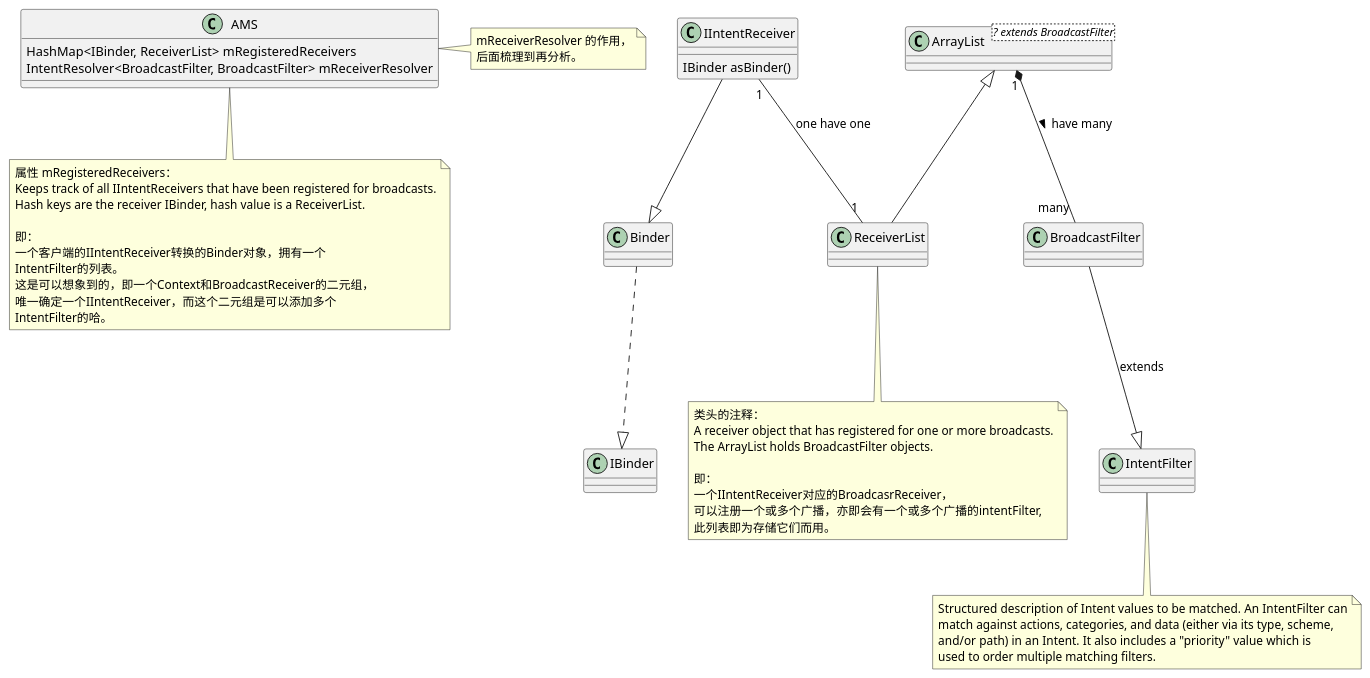
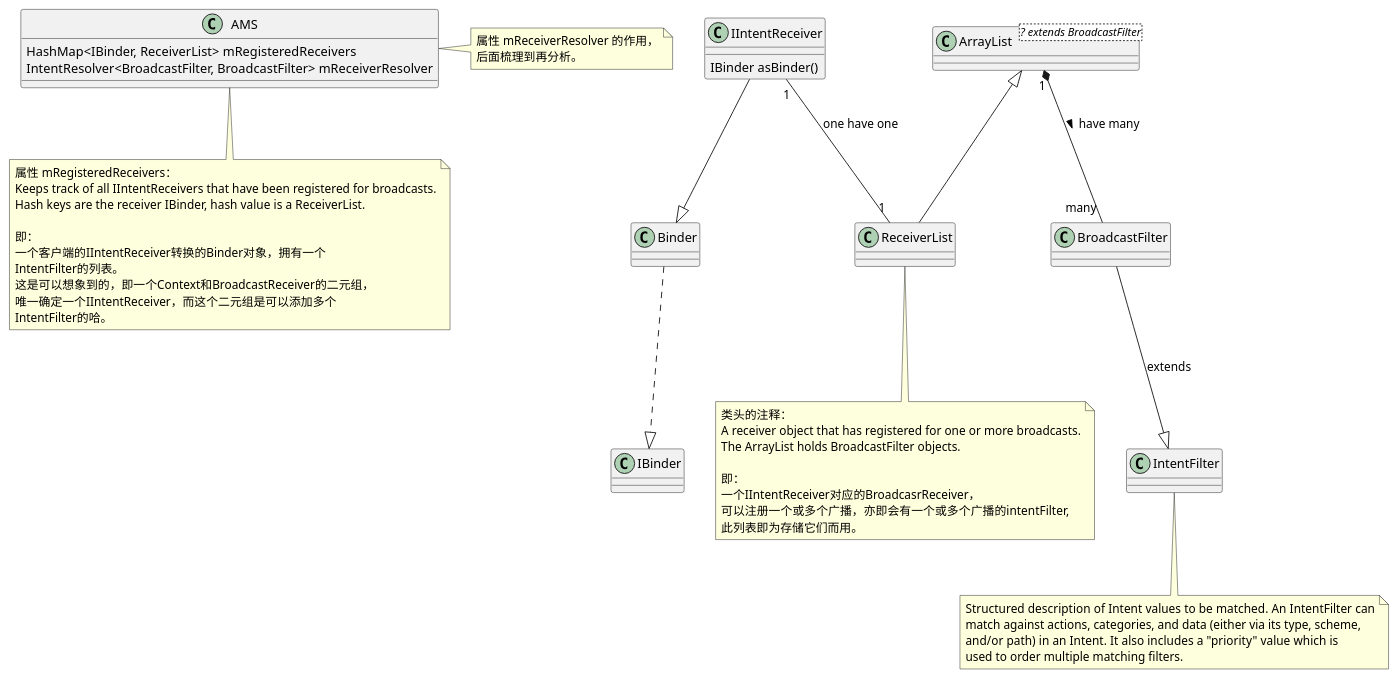
One commit to KentTJ/ImoocRxJavaStudy changed the diagram in Android_framework_sequences/广播_动态广播_03_注册_AMS端_register方法的形象显示.puml. Above: the diagram before and after it, drawn with PlantUML.

Commit message:
广播的注册。

```diff
--- a/Android_framework_sequences/广播_动态广播_03_注册_AMS端_register方法的形象显示.puml
+++ b/Android_framework_sequences/广播_动态广播_03_注册_AMS端_register方法的形象显示.puml
@@ -1,79 +1,79 @@
 @startuml
 
 '添加进去的主要代码：
  '1.ReceiverList rl = mRegisteredReceivers.get(receiver.asBinder());
  'ReceiverList类的定义如下,
  '"final class ReceiverList extends ArrayList<BroadcastFilter>"
  '里面的数据类型BroadcastFilter，定义如下，
  '"final class BroadcastFilter extends IntentFilter",
  '即BroadcastFilter 就是 IntentFilter。
  '
  'mRegisteredReceivers
  'key为 IIntentReceiver对应的Binder，
  'value为 对应的ReceiverList。
  '
  '2.rl.app.receivers.add(rl);
  '
  '3.mRegisteredReceivers.put(receiver.asBinder(), rl);
  '
  '4.BroadcastFilter bf = new BroadcastFilter(filter, rl, callerPackage,
  '                      permission, callingUid, userId, instantApp, visibleToInstantApps);
  '5.mReceiverResolver.addFilter(bf);'
 
 class AMS{
 {field} HashMap<IBinder, ReceiverList> mRegisteredReceivers
 {field} IntentResolver<BroadcastFilter, BroadcastFilter> mReceiverResolver
 }
 note right of AMS
-mReceiverResolver 的作用，
+属性 mReceiverResolver 的作用，
 后面梳理到再分析。
 end note
 
 note bottom of AMS
 属性 mRegisteredReceivers：
 Keeps track of all IIntentReceivers that have been registered for broadcasts.
 Hash keys are the receiver IBinder, hash value is a ReceiverList.
 
 即：
 一个客户端的IIntentReceiver转换的Binder对象，拥有一个
 IntentFilter的列表。
 这是可以想象到的，即一个Context和BroadcastReceiver的二元组，
 唯一确定一个IIntentReceiver，而这个二元组是可以添加多个
 IntentFilter的哈。
 end note
 
 IIntentReceiver "1" -- "1" ReceiverList : one have one
 note bottom of ReceiverList
 类头的注释：
 A receiver object that has registered for one or more broadcasts.
 The ArrayList holds BroadcastFilter objects.
 
 即：
 一个IIntentReceiver对应的BroadcasrReceiver，
 可以注册一个或多个广播，亦即会有一个或多个广播的intentFilter,
 此列表即为存储它们而用。
 end note
 
 class IIntentReceiver{
    IBinder asBinder()
 }
 IIntentReceiver --|> Binder
 Binder ..|> IBinder
 
 ArrayList <|-- ReceiverList
 
 class ArrayList<? extends BroadcastFilter>{
 }
 
 ArrayList "1" *-- "many" BroadcastFilter : have many >
 
 BroadcastFilter --|> IntentFilter : extends
 
 note bottom of IntentFilter
 Structured description of Intent values to be matched.  An IntentFilter can
 match against actions, categories, and data (either via its type, scheme,
 and/or path) in an Intent.  It also includes a "priority" value which is
 used to order multiple matching filters.
 end note
 
 @enduml
```
